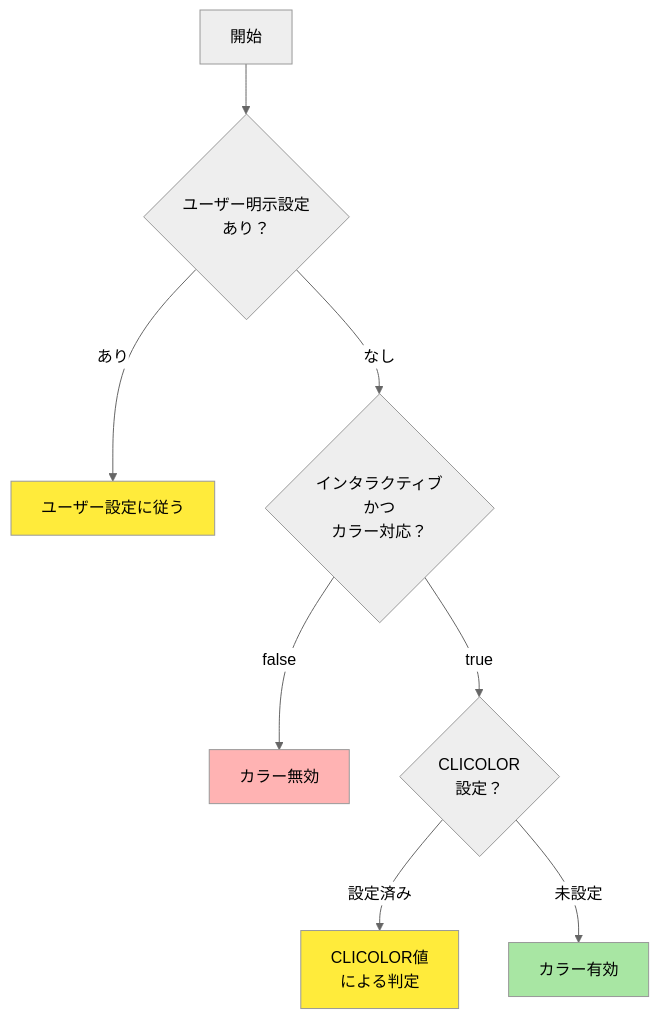
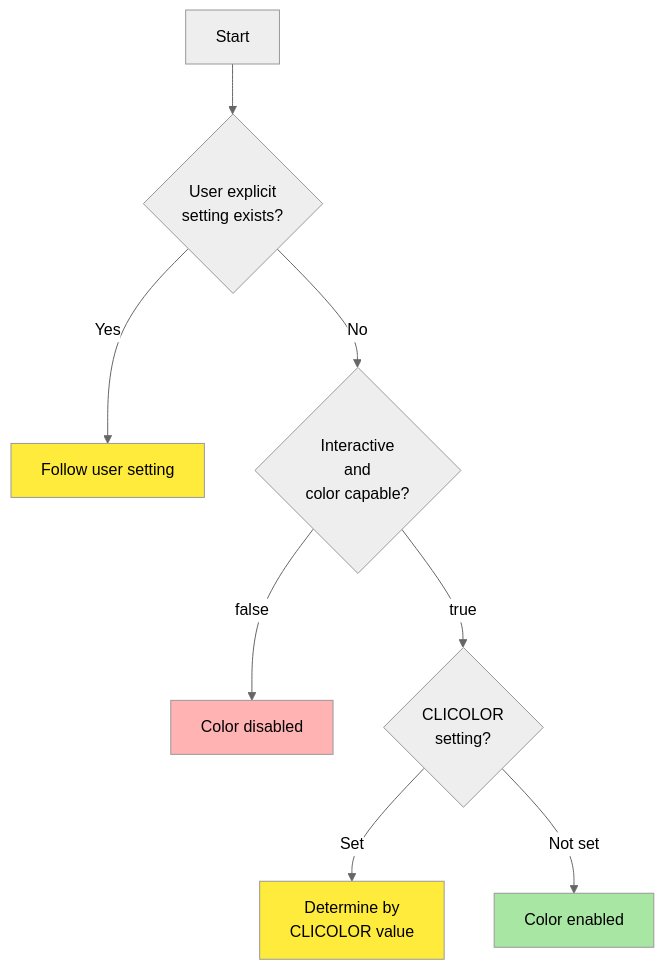
The second of 3 diagrams in docs/terminal-capabilities.md (isseis/go-safe-cmd-runner), drawn with Mermaid (neutral theme) before and after one commit. The commit also changed other lines of this file and 4 other files, not shown here.

````diff
--- a/docs/terminal-capabilities.md
+++ b/docs/terminal-capabilities.md
@@ -63,15 +63,15 @@
 ```mermaid
 flowchart TD
-    A[開始] --> B{ユーザー明示設定<br/>あり？}
-    B -->|あり| C[ユーザー設定に従う]
-    B -->|なし| D{インタラクティブ<br/>かつ<br/>カラー対応？}
-    D -->|false| E[カラー無効]
-    D -->|true| F{CLICOLOR<br/>設定？}
-    F -->|設定済み| G[CLICOLOR値<br/>による判定]
-    F -->|未設定| H[カラー有効]
+    A[Start] --> B{User explicit<br/>setting exists?}
+    B -->|Yes| C[Follow user setting]
+    B -->|No| D{Interactive<br/>and<br/>color capable?}
+    D -->|false| E[Color disabled]
+    D -->|true| F{CLICOLOR<br/>setting?}
+    F -->|Set| G[Determine by<br/>CLICOLOR value]
+    F -->|Not set| H[Color enabled]
 
     style C fill:#ffeb3b
     style E fill:#ffb3b3
     style G fill:#ffeb3b
     style H fill:#a8e6a3
 ```
````
